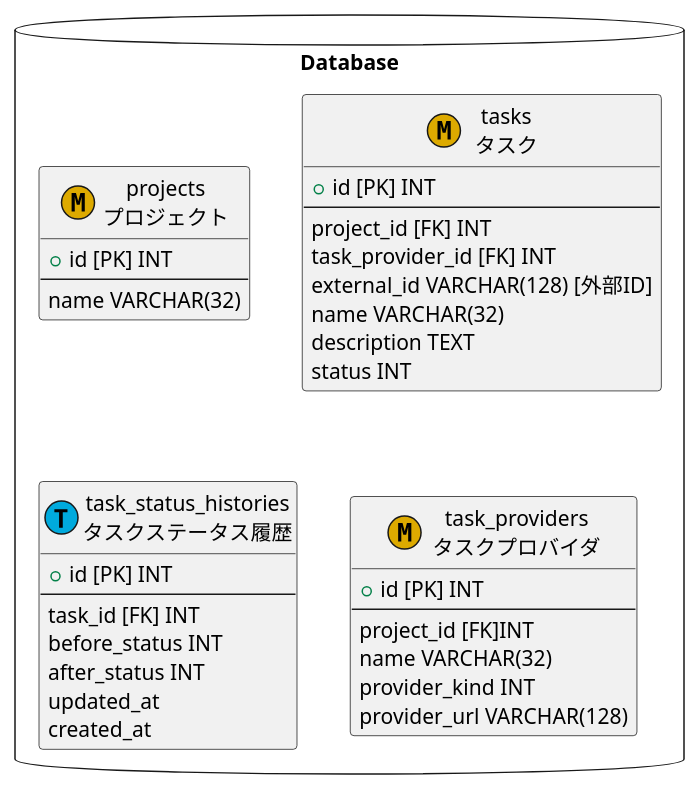
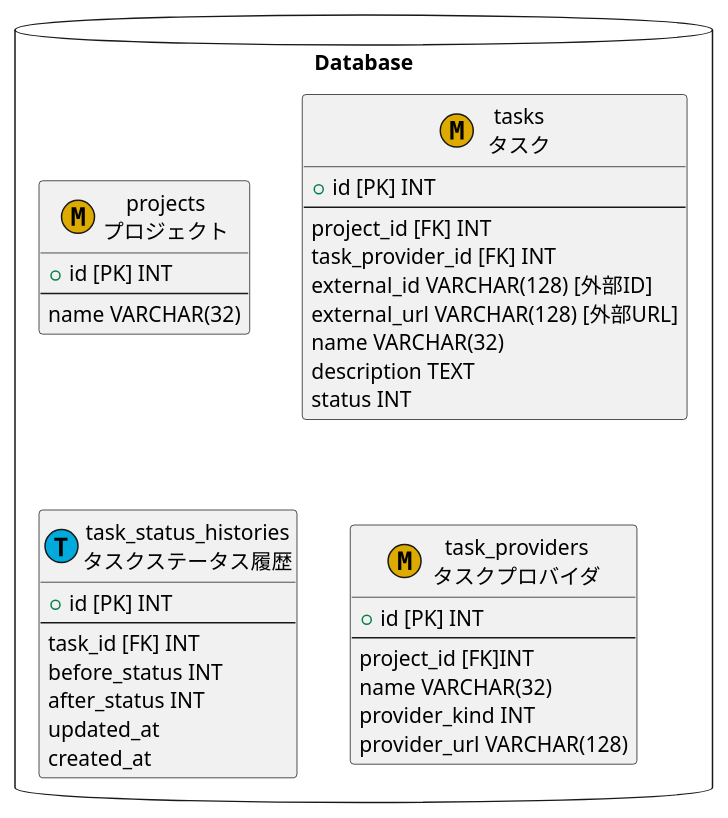
Before and after one commit to yuya-okada527/panopticon-docs: the diagram in docs/mvp/tables.pu, drawn with PlantUML. The commit also changed 1 other file, not shown here.

```diff
--- a/docs/mvp/tables.pu
+++ b/docs/mvp/tables.pu
@@ -1,41 +1,42 @@
 @startuml テーブル一覧
 
 package "Database" <<Database>> {
   entity "projects\nプロジェクト" as projects <<M, DDAA00>> {
     + id [PK] INT
     --
     name VARCHAR(32)
   }
   entity "tasks\nタスク" as tasks <<M, DDAA00>> {
     + id [PK] INT
     --
     project_id [FK] INT
     task_provider_id [FK] INT
     external_id VARCHAR(128) [外部ID]
+    external_url VARCHAR(128) [外部URL]
     name VARCHAR(32)
     description TEXT
     '0: created, 1: todo, 2: doing, 3: done, 4: closed
     status INT
   }
   entity "task_status_histories\nタスクステータス履歴" as task_status_histories <<T, 00AADD>> {
     + id [PK] INT
     --
     task_id [FK] INT
     before_status INT
     after_status INT
     updated_at
     created_at
   }
   entity "task_providers\nタスクプロバイダ" as task_providers <<M, DDAA00>> {
     + id [PK] INT
     --
     project_id [FK]INT
     name VARCHAR(32)
     '0: user, 1: github
     provider_kind INT
     provider_url VARCHAR(128)
   }
 }
 
 
 @enduml
```
